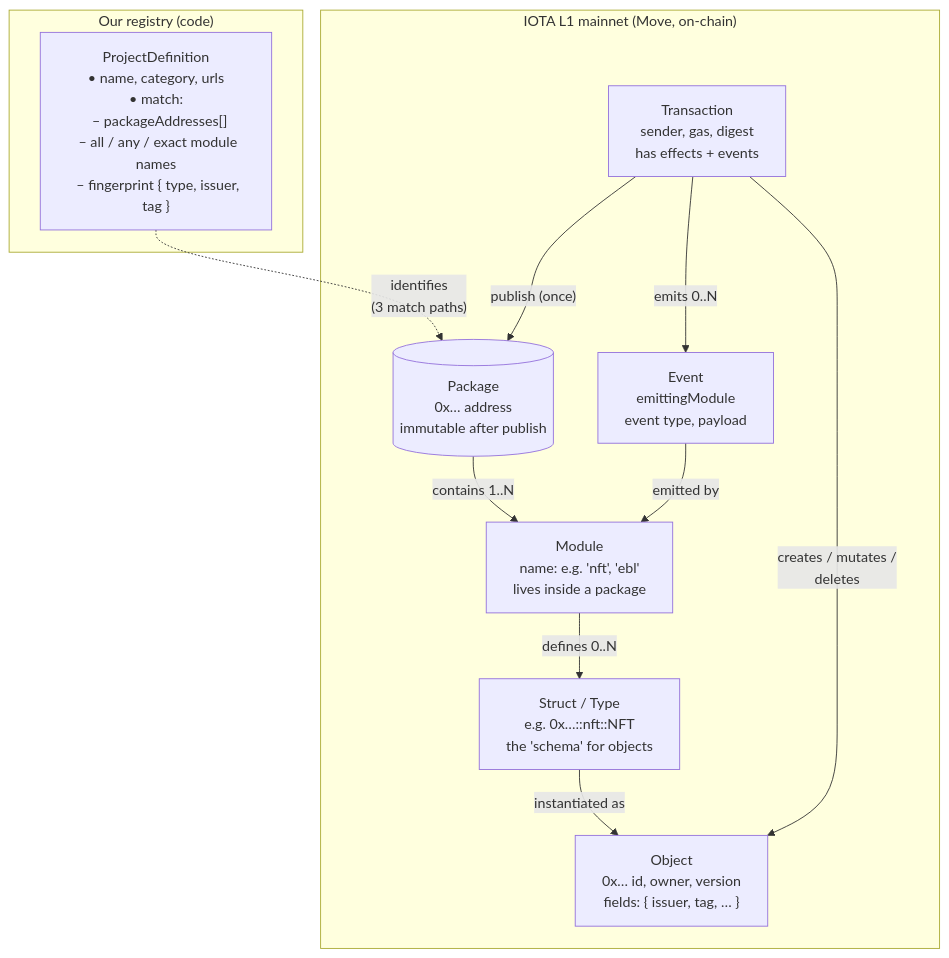
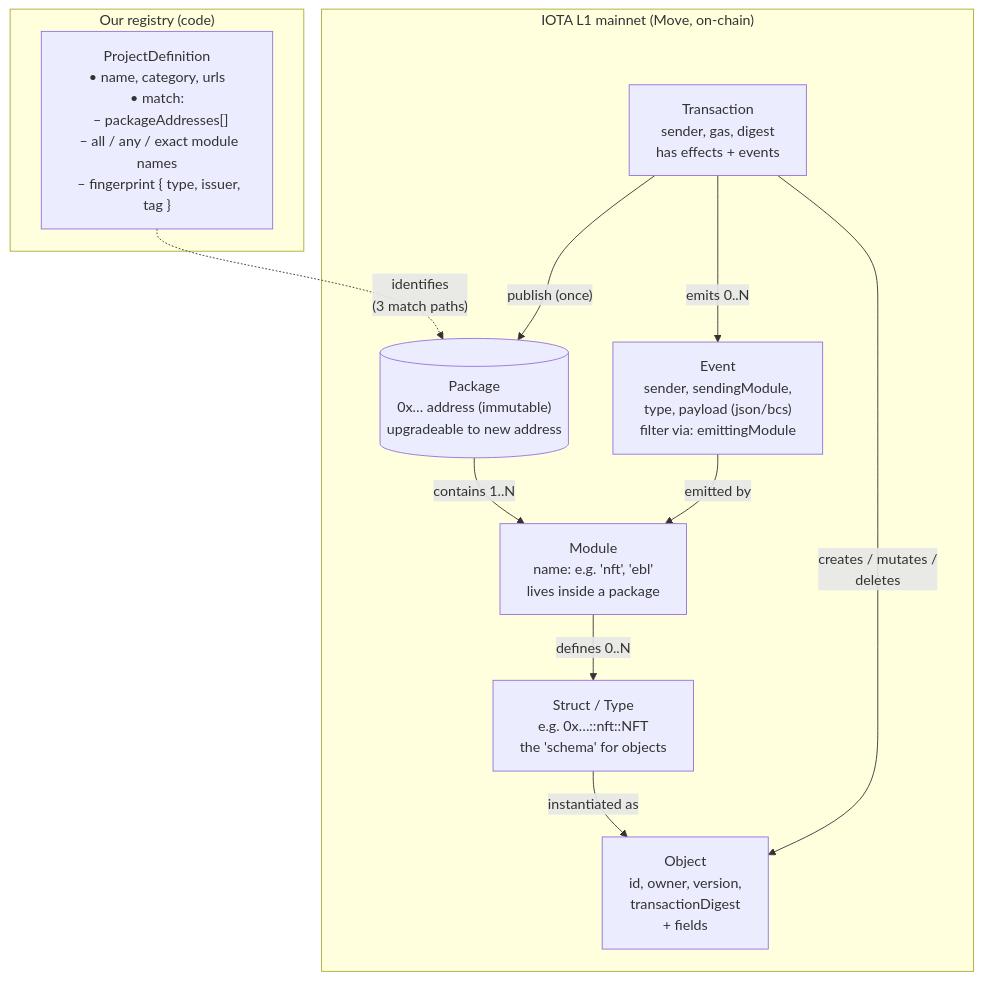
The diagram in docs/architecture.mmd (r-sw-eet/iota-trade-scanner), drawn with Mermaid before and after one commit. The commit also changed 2 other files, not shown here.

Commit message:
align Move object model diagram with official IOTA terminology
Cross-checked architecture.mmd against docs.iota.org's Object Model and
GraphQL reference. Three label fixes:
- Package: clarify "deployed address immutable, upgradeable to new
  address" (was "immutable after publish" — true per address but
  packages can be upgraded)
- Object: add transactionDigest to the metadata field list (one of the
  four mandatory metadata fields per IOTA docs)
- Event: rename to sender, sendingModule, type, payload (json/bcs);
  note that emittingModule is the GraphQL filter input name, not the
  result field name

Code is unchanged: every `emittingModule` usage in queries is the
official filter input. Website description on index.vue clarifies the
filter/field distinction for developers reading the source examples.

```diff
--- a/docs/architecture.mmd
+++ b/docs/architecture.mmd
@@ -1,23 +1,23 @@
 flowchart TB
     subgraph Registry["Our registry (code)"]
         PDef["ProjectDefinition<br/>• name, category, urls<br/>• match:<br/>&nbsp;&nbsp;– packageAddresses[]<br/>&nbsp;&nbsp;– all / any / exact module names<br/>&nbsp;&nbsp;– fingerprint { type, issuer, tag }"]
     end
 
     subgraph OnChain["IOTA L1 mainnet (Move, on-chain)"]
-        Pkg[("Package<br/>0x… address<br/>immutable after publish")]
+        Pkg[("Package<br/>0x… address (immutable)<br/>upgradeable to new address")]
         Mod["Module<br/>name: e.g. 'nft', 'ebl'<br/>lives inside a package"]
         Struct["Struct / Type<br/>e.g. 0x…::nft::NFT<br/>the 'schema' for objects"]
-        Obj["Object<br/>0x… id, owner, version<br/>fields: { issuer, tag, … }"]
+        Obj["Object<br/>id, owner, version,<br/>transactionDigest<br/>+ fields"]
         Tx["Transaction<br/>sender, gas, digest<br/>has effects + events"]
-        Evt["Event<br/>emittingModule<br/>event type, payload"]
+        Evt["Event<br/>sender, sendingModule,<br/>type, payload (json/bcs)<br/>filter via: emittingModule"]
     end
 
     PDef -. "identifies<br/>(3 match paths)" .-> Pkg
 
     Tx -- "publish (once)" --> Pkg
     Pkg -- "contains 1..N" --> Mod
     Mod -- "defines 0..N" --> Struct
     Struct -- "instantiated as" --> Obj
     Tx -- "creates / mutates /<br/>deletes" --> Obj
     Tx -- "emits 0..N" --> Evt
     Evt -- "emitted by" --> Mod
```
